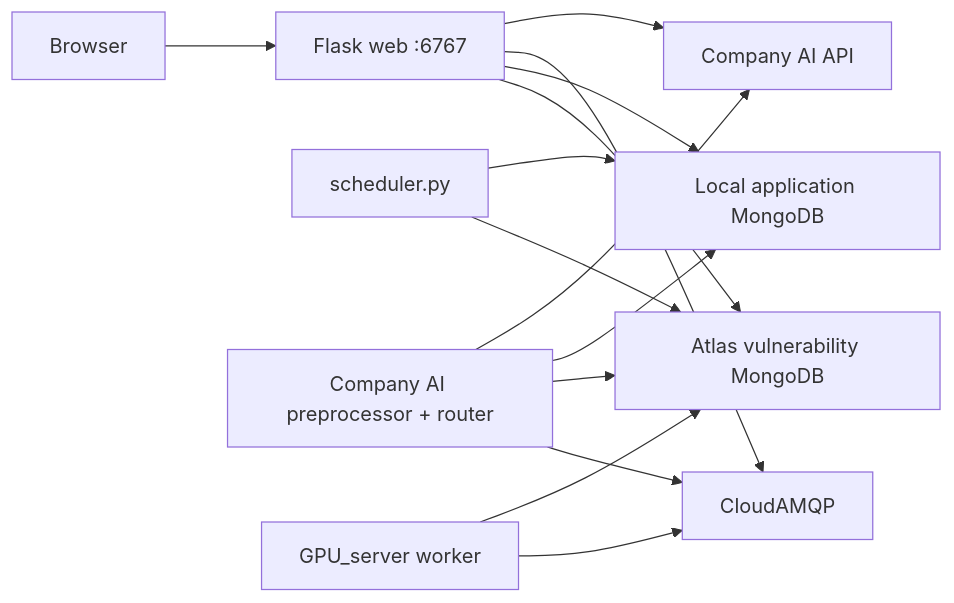
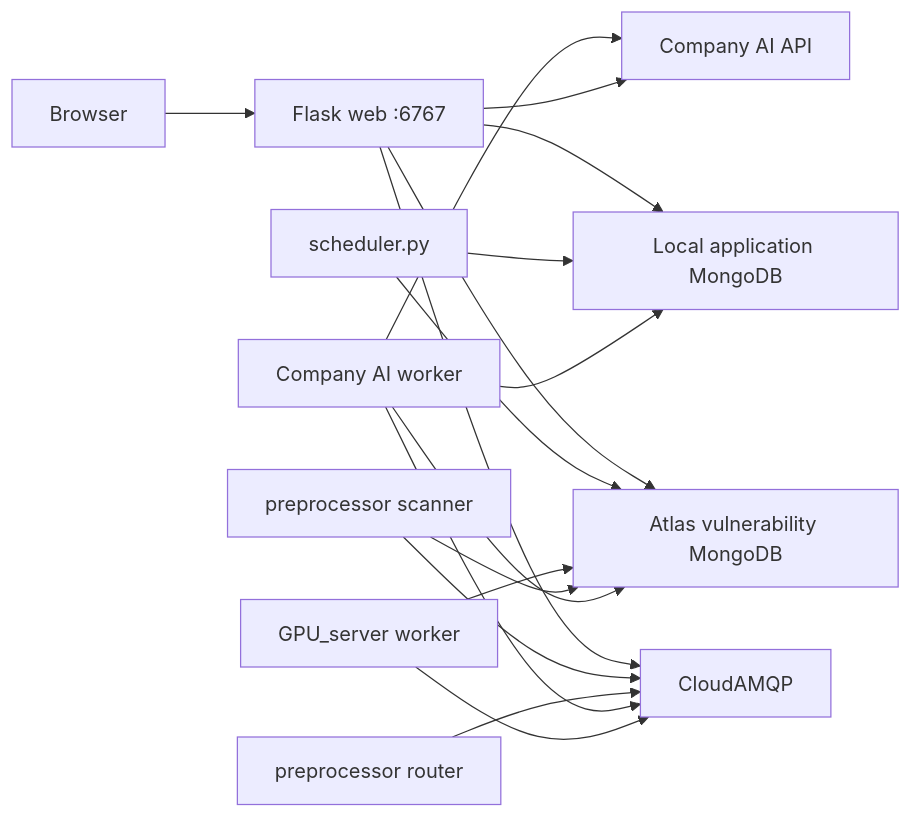
Before and after one commit to Benchan691/VulnBrief: the diagram in README.md, drawn with Mermaid. The commit also changed other lines of this file and 17 other files, not shown here.

````diff
--- a/README.md
+++ b/README.md
@@ -19,16 +19,19 @@
 ```mermaid
 flowchart LR
   Browser --> Web["Flask web :6767"]
   Web --> Atlas["Atlas vulnerability MongoDB"]
   Web --> LocalMongo["Local application MongoDB"]
   Web --> CloudAMQP
   Scheduler["scheduler.py"] --> Atlas
   Scheduler --> LocalMongo
-  Preprocessor["Company AI preprocessor + router"] --> CloudAMQP
+  Scanner["preprocessor scanner"] --> CloudAMQP
+  Router["preprocessor router"] --> CloudAMQP
+  CompanyWorker["Company AI worker"] --> CloudAMQP
   GPU["GPU_server worker"] --> CloudAMQP
   GPU --> Atlas
-  Preprocessor --> Atlas
-  Preprocessor --> LocalMongo
-  Preprocessor --> CompanyAI["Company AI API"]
+  Scanner --> Atlas
+  CompanyWorker --> Atlas
+  CompanyWorker --> LocalMongo
+  CompanyWorker --> CompanyAI["Company AI API"]
   Web --> CompanyAI
 ```
````
